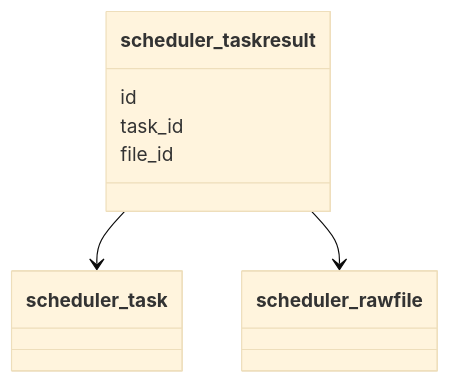
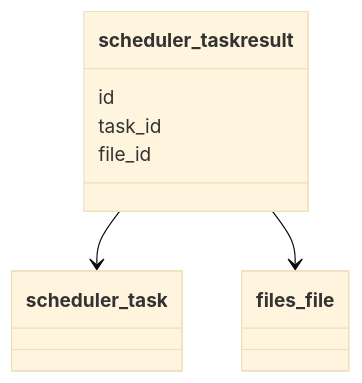
Before and after one commit to minvws/nl-kat-coordination: the third of 6 diagrams in rfd/0005-raw-storage.md, drawn with Mermaid (base theme). The commit also changed other lines of this file and 71 other files, not shown here.

````diff
--- a/rfd/0005-raw-storage.md
+++ b/rfd/0005-raw-storage.md
@@ -222,12 +223,12 @@
 ```mermaid
 classDiagram
 
   class scheduler_taskresult {
     id
     task_id
     file_id
   }
 
   scheduler_taskresult  -->  scheduler_task
-  scheduler_taskresult  -->  scheduler_rawfile
+  scheduler_taskresult  -->  files_file
 ```
````
